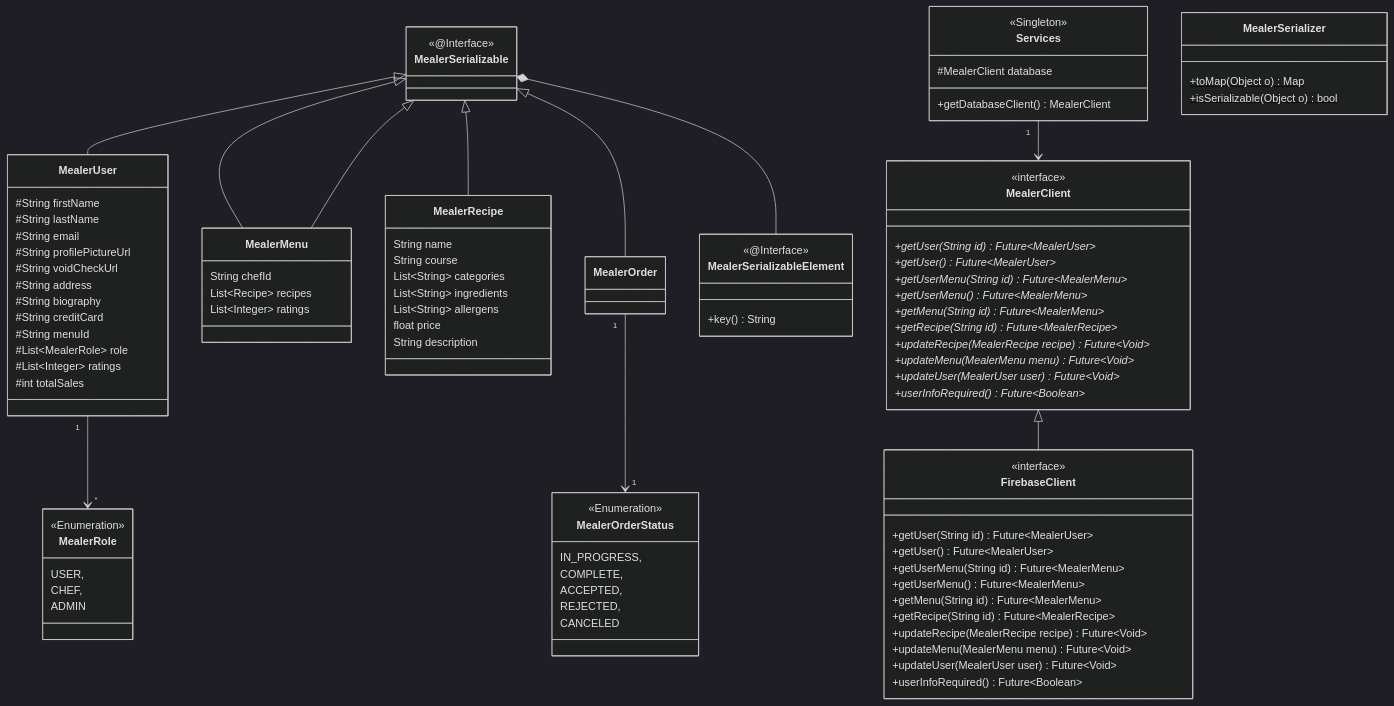
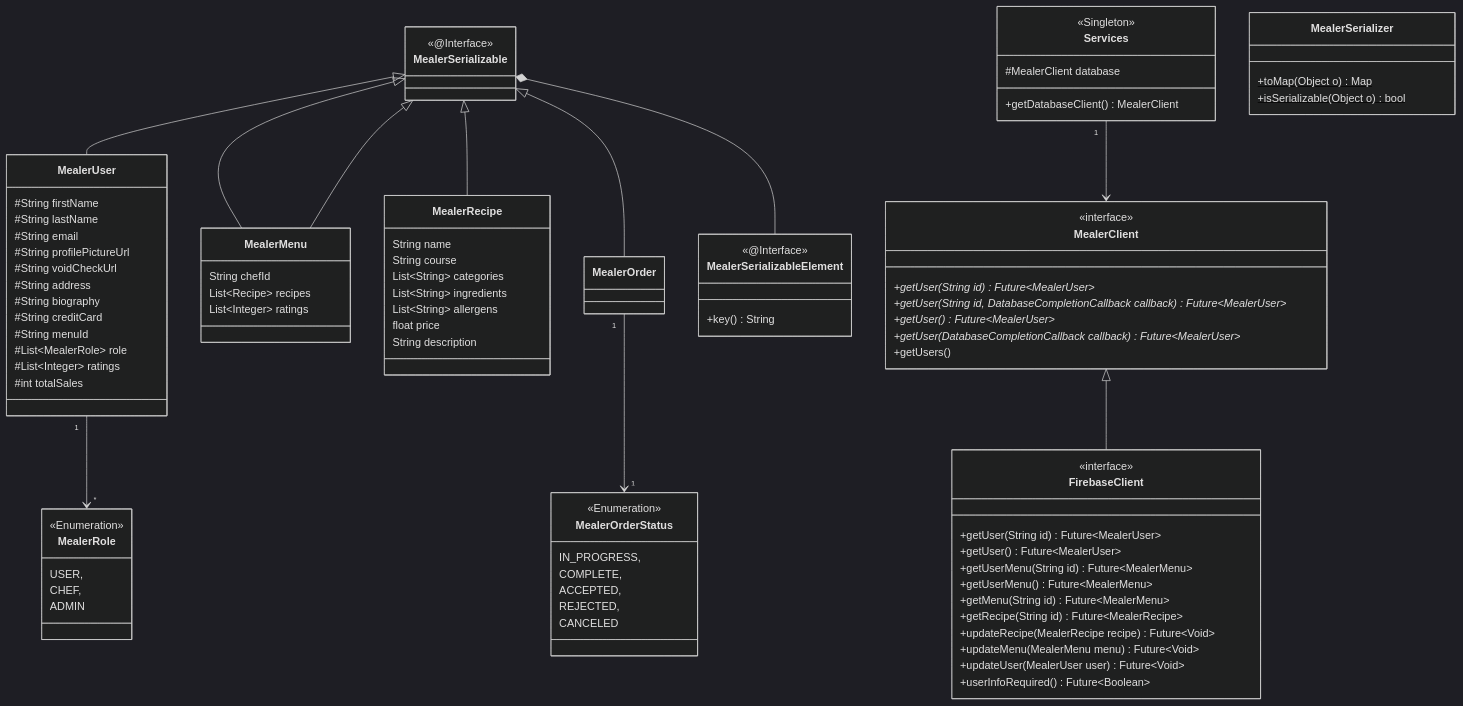
One commit to Hamza-Bouzoubaa/Mealer-AndroidStudioApp changed the second of 4 diagrams in README.md. Above: the diagram before and after it, drawn with Mermaid (dark theme). The commit also changed 1 other file, not shown here.

```diff
--- a/README.md
+++ b/README.md
@@ -65,15 +65,11 @@
     class MealerClient {
         <<interface>>
         +getUser(String id)* Future~MealerUser~
+        +getUser(String id, DatabaseCompletionCallback<MealerUser> callback)* Future~MealerUser~
         +getUser()* Future~MealerUser~
-        +getUserMenu(String id)* Future~MealerMenu~
-        +getUserMenu()* Future~MealerMenu~
-        +getMenu(String id)* Future~MealerMenu~
-        +getRecipe(String id)* Future~MealerRecipe~
-        +updateRecipe(MealerRecipe recipe)* Future~Void~
-        +updateMenu(MealerMenu menu)* Future~Void~
-        +updateUser(MealerUser user)* Future~Void~
-        +userInfoRequired()* Future~Boolean~
+        +getUser(DatabaseCompletionCallback<MealerUser> callback)* Future~MealerUser~
+        +getUsers()
+        
     }
 
     class FirebaseClient {
```
